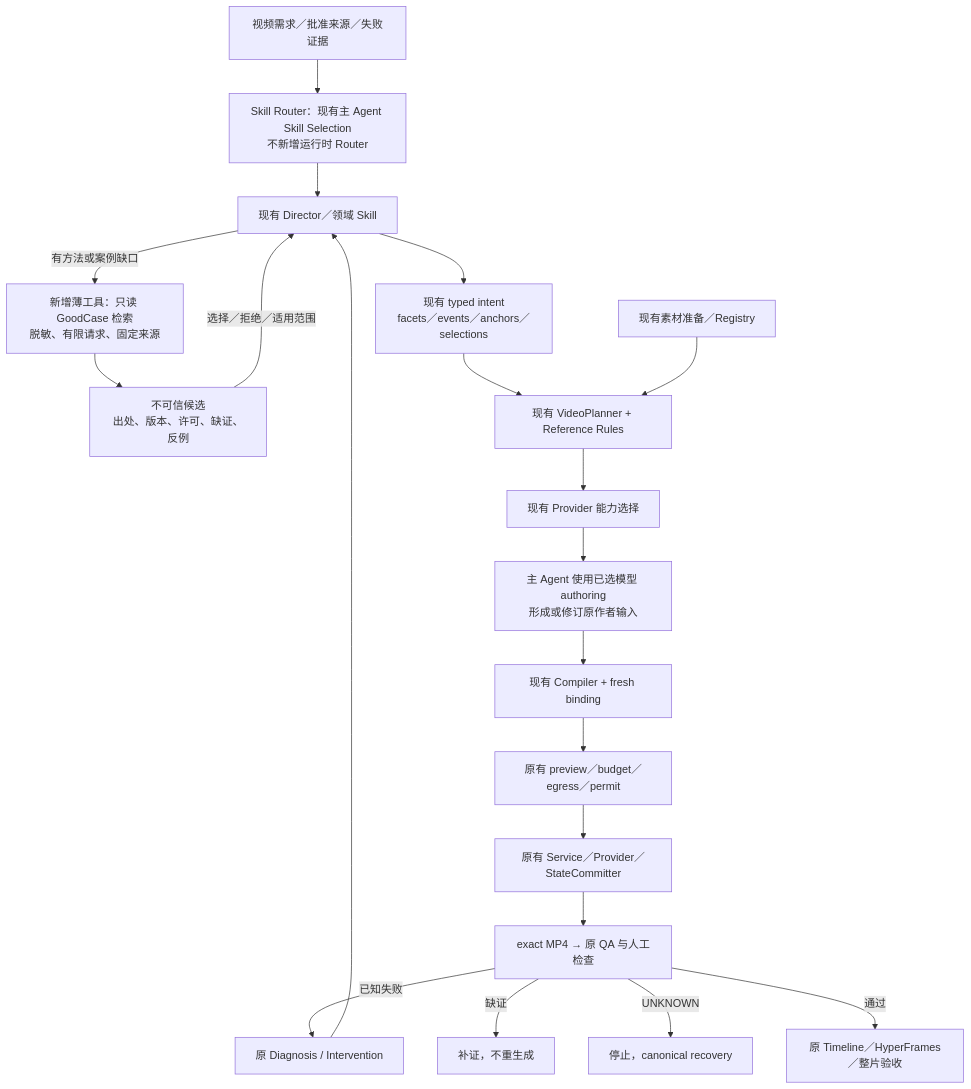
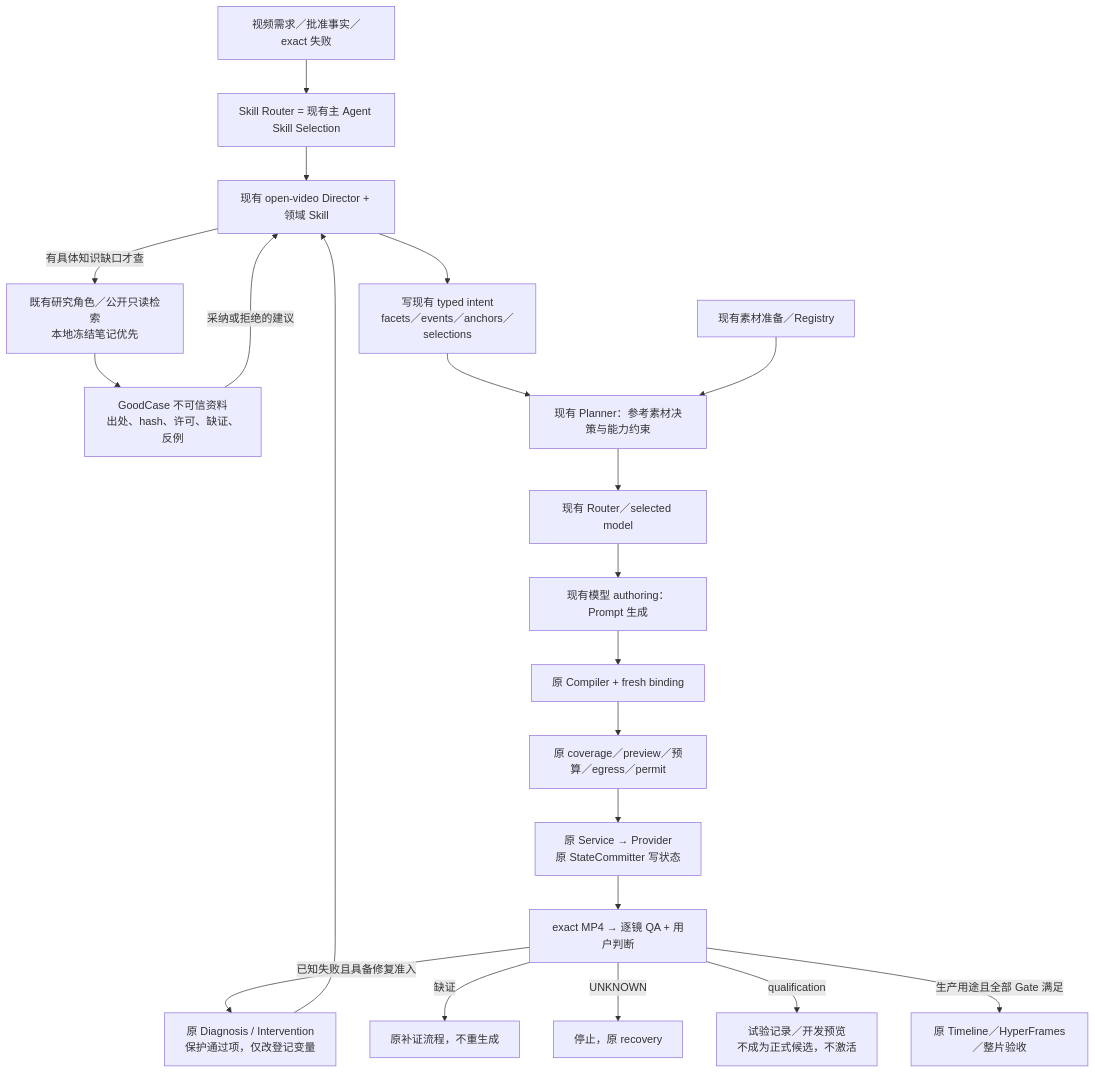
Before and after one commit to Reggie-sun/AI-VIDEO: the second of 2 diagrams in docs/record_for_agent/2026-11-04-goodcase-integration-architecture-review.md, drawn with Mermaid. The commit also changed other lines of this file and 7 other files, not shown here.

````diff
--- a/docs/record_for_agent/2026-11-04-goodcase-integration-architecture-review.md
+++ b/docs/record_for_agent/2026-11-04-goodcase-integration-architecture-review.md
@@ -144,22 +202,23 @@
 ```mermaid
 flowchart TD
-    U["视频需求／批准来源／失败证据"] --> R["Skill Router：现有主 Agent Skill Selection<br/>不新增运行时 Router"]
-    R --> D["现有 Director／领域 Skill"]
-    D -->|有方法或案例缺口| L["新增薄工具：只读 GoodCase 检索<br/>脱敏、有限请求、固定来源"]
-    L --> E["不可信候选<br/>出处、版本、许可、缺证、反例"]
-    E -->|选择／拒绝／适用范围| D
-    D --> I["现有 typed intent<br/>facets／events／anchors／selections"]
-    I --> P["现有 VideoPlanner + Reference Rules"]
+    U["视频需求／批准事实／exact 失败"] --> R["Skill Router = 现有主 Agent Skill Selection"]
+    R --> D["现有 open-video Director + 领域 Skill"]
+    D -->|有具体知识缺口才查| L["既有研究角色／公开只读检索<br/>本地冻结笔记优先"]
+    L --> E["GoodCase 不可信资料<br/>出处、hash、许可、缺证、反例"]
+    E -->|采纳或拒绝的建议| D
+    D --> I["写现有 typed intent<br/>facets／events／anchors／selections"]
+    I --> P["现有 Planner：参考素材决策与能力约束"]
     A["现有素材准备／Registry"] --> P
-    P --> V["现有 Provider 能力选择"]
-    V --> AU["主 Agent 使用已选模型 authoring<br/>形成或修订原作者输入"]
-    AU --> C["现有 Compiler + fresh binding"]
-    C --> G["原有 preview／budget／egress／permit"]
-    G --> X["原有 Service／Provider／StateCommitter"]
-    X --> Q["exact MP4 → 原 QA 与人工检查"]
-    Q -->|已知失败| F["原 Diagnosis / Intervention"]
+    P --> V["现有 Router／selected model"]
+    V --> AU["现有模型 authoring：Prompt 生成"]
+    AU --> C["原 Compiler + fresh binding"]
+    C --> G["原 coverage／preview／预算／egress／permit"]
+    G --> X["原 Service → Provider<br/>原 StateCommitter 写状态"]
+    X --> Q["exact MP4 → 逐镜 QA + 用户判断"]
+    Q -->|已知失败且具备修复准入| F["原 Diagnosis / Intervention<br/>保护通过项，仅改登记变量"]
     F --> D
-    Q -->|缺证| EV["补证，不重生成"]
-    Q -->|UNKNOWN| STOP["停止，canonical recovery"]
-    Q -->|通过| OUT["原 Timeline／HyperFrames／整片验收"]
+    Q -->|缺证| EV["原补证流程，不重生成"]
+    Q -->|UNKNOWN| STOP["停止，原 recovery"]
+    Q -->|qualification| TRIAL["试验记录／开发预览<br/>不成为正式候选，不激活"]
+    Q -->|生产用途且全部 Gate 满足| OUT["原 Timeline／HyperFrames／整片验收"]
 ```
````
